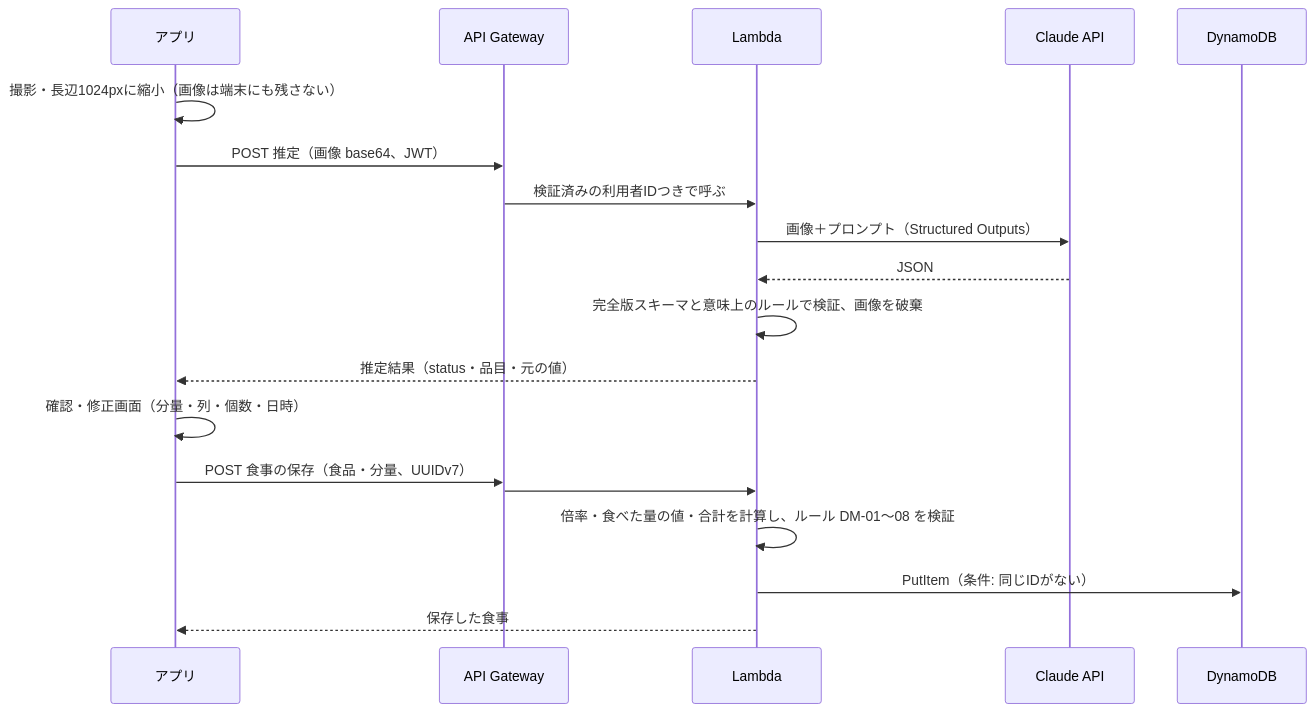
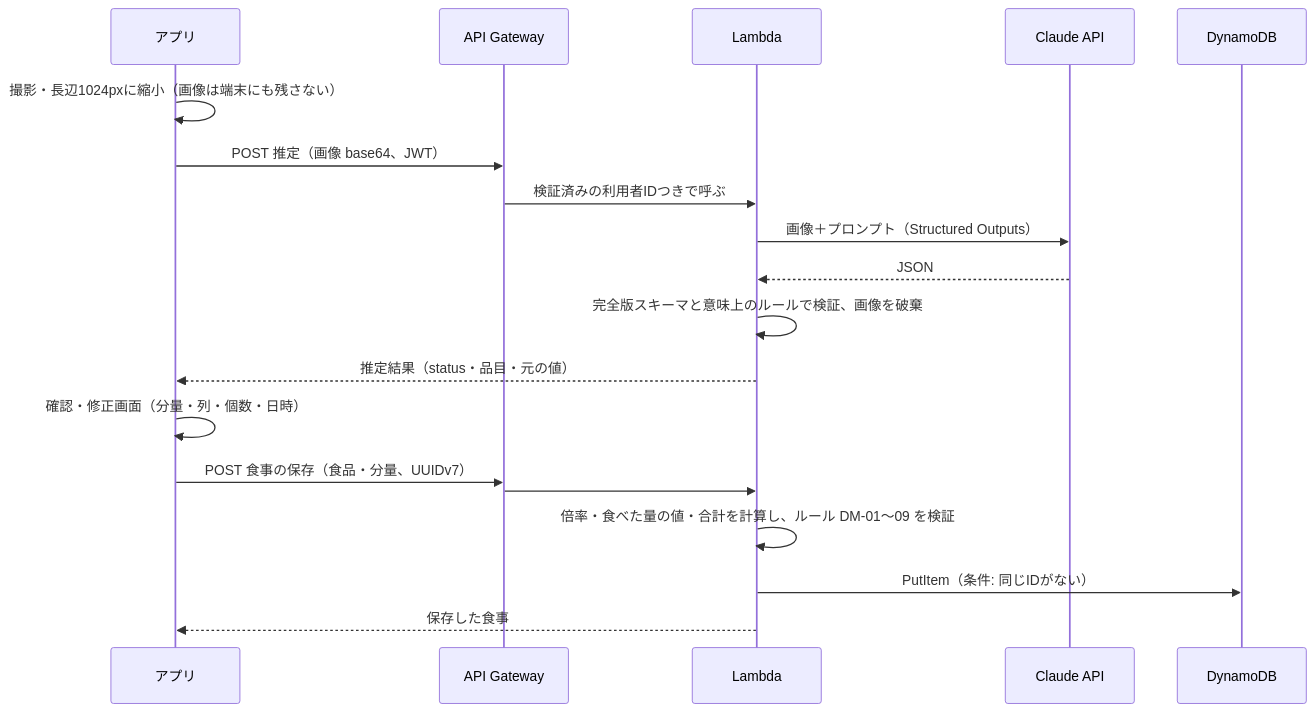
The diagram in docs/02_design/architecture.md (t-teieki/onaka-log), drawn with Mermaid before and after one commit. The commit also changed 18 other files, not shown here.

````diff
--- a/docs/02_design/architecture.md
+++ b/docs/02_design/architecture.md
@@ -30,21 +30,21 @@
 ```mermaid
 sequenceDiagram
     participant A as アプリ
     participant G as API Gateway
     participant L as Lambda
     participant C as Claude API
     participant D as DynamoDB
     A->>A: 撮影・長辺1024pxに縮小（画像は端末にも残さない）
     A->>G: POST 推定（画像 base64、JWT）
     G->>L: 検証済みの利用者IDつきで呼ぶ
     L->>C: 画像＋プロンプト（Structured Outputs）
     C-->>L: JSON
     L->>L: 完全版スキーマと意味上のルールで検証、画像を破棄
     L-->>A: 推定結果（status・品目・元の値）
     A->>A: 確認・修正画面（分量・列・個数・日時）
     A->>G: POST 食事の保存（食品・分量、UUIDv7）
     G->>L: 
-    L->>L: 倍率・食べた量の値・合計を計算し、ルール DM-01〜08 を検証
+    L->>L: 倍率・食べた量の値・合計を計算し、ルール DM-01〜09 を検証
     L->>D: PutItem（条件: 同じIDがない）
     L-->>A: 保存した食事
 ```
````
